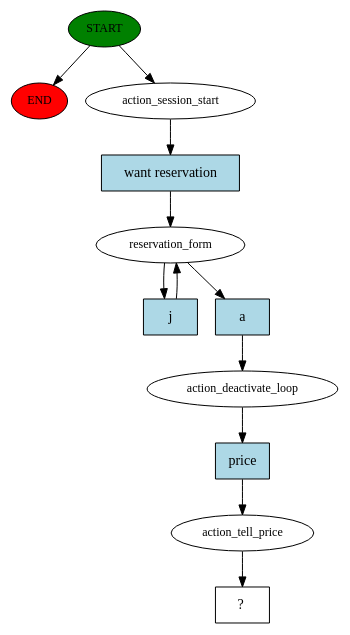
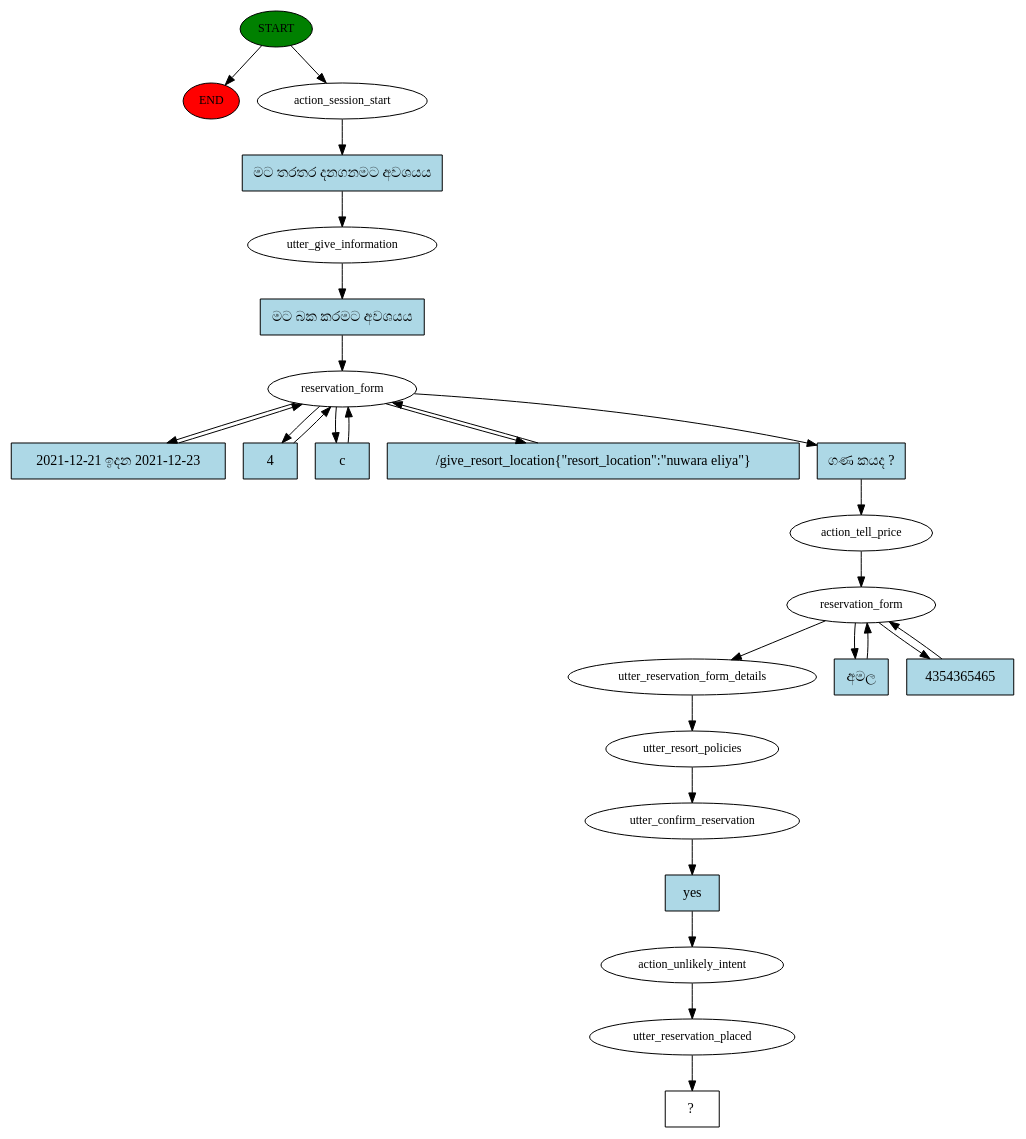
Before and after one commit to KasunTharaka/rasa_resort_bot: the diagram in story_graph.dot, drawn with Graphviz. The commit also changed 11 other files, not shown here.

```diff
--- a/story_graph.dot
+++ b/story_graph.dot
@@ -1,24 +1,53 @@
 digraph  {
 0 [class="start active", fillcolor=green, fontsize=12, label=START, style=filled];
 "-1" [class=end, fillcolor=red, fontsize=12, label=END, style=filled];
 1 [class=active, fontsize=12, label=action_session_start];
-2 [class=active, fontsize=12, label=reservation_form];
-9 [class=active, fontsize=12, label=action_deactivate_loop];
-10 [class=active, fontsize=12, label=action_tell_price];
-11 [class="intent dashed active", label="  ?  ", shape=rect];
-12 [class="intent active", fillcolor=lightblue, label="want reservation", shape=rect, style=filled];
-13 [class="intent active", fillcolor=lightblue, label=j, shape=rect, style=filled];
-14 [class="intent active", fillcolor=lightblue, label=a, shape=rect, style=filled];
-15 [class="intent active", fillcolor=lightblue, label=price, shape=rect, style=filled];
+2 [class=active, fontsize=12, label=utter_give_information];
+3 [class=active, fontsize=12, label=reservation_form];
+8 [class=active, fontsize=12, label=action_tell_price];
+9 [class=active, fontsize=12, label=reservation_form];
+12 [class=active, fontsize=12, label=utter_reservation_form_details];
+13 [class=active, fontsize=12, label=utter_resort_policies];
+14 [class=active, fontsize=12, label=utter_confirm_reservation];
+15 [class=active, fontsize=12, label=action_unlikely_intent];
+16 [class=active, fontsize=12, label=utter_reservation_placed];
+17 [class="intent dashed active", label="  ?  ", shape=rect];
+18 [class="intent active", fillcolor=lightblue, label="මට තරතර දනගනමට අවශයය", shape=rect, style=filled];
+19 [class="intent active", fillcolor=lightblue, label="මට බක කරමට අවශයය", shape=rect, style=filled];
+20 [class="intent active", fillcolor=lightblue, label="2021-12-21 ඉදන 2021-12-23", shape=rect, style=filled];
+21 [class="intent active", fillcolor=lightblue, label=4, shape=rect, style=filled];
+22 [class="intent active", fillcolor=lightblue, label=c, shape=rect, style=filled];
+23 [class="intent active", fillcolor=lightblue, label="/give_resort_location{\"resort_location\":\"nuwara eliya\"}", shape=rect, style=filled];
+24 [class="intent active", fillcolor=lightblue, label="ගණ කයද ?", shape=rect, style=filled];
+25 [class="intent active", fillcolor=lightblue, label="අමල", shape=rect, style=filled];
+26 [class="intent active", fillcolor=lightblue, label=4354365465, shape=rect, style=filled];
+27 [class="intent active", fillcolor=lightblue, label=yes, shape=rect, style=filled];
 0 -> "-1"  [class="", key=NONE, label=""];
 0 -> 1  [class=active, key=NONE, label=""];
-1 -> 12  [class=active, key=0];
-2 -> 13  [class=active, key=0];
-2 -> 14  [class=active, key=0];
-9 -> 15  [class=active, key=0];
-10 -> 11  [class=active, key=NONE, label=""];
-12 -> 2  [class=active, key=0];
-13 -> 2  [class=active, key=0];
-14 -> 9  [class=active, key=0];
-15 -> 10  [class=active, key=0];
+1 -> 18  [class=active, key=0];
+2 -> 19  [class=active, key=0];
+3 -> 20  [class=active, key=0];
+3 -> 21  [class=active, key=0];
+3 -> 22  [class=active, key=0];
+3 -> 23  [class=active, key=0];
+3 -> 24  [class=active, key=0];
+8 -> 9  [class=active, key=NONE, label=""];
+9 -> 12  [class=active, key=NONE, label=""];
+9 -> 25  [class=active, key=0];
+9 -> 26  [class=active, key=0];
+12 -> 13  [class=active, key=NONE, label=""];
+13 -> 14  [class=active, key=NONE, label=""];
+14 -> 27  [class=active, key=0];
+15 -> 16  [class=active, key=NONE, label=""];
+16 -> 17  [class=active, key=NONE, label=""];
+18 -> 2  [class=active, key=0];
+19 -> 3  [class=active, key=0];
+20 -> 3  [class=active, key=0];
+21 -> 3  [class=active, key=0];
+22 -> 3  [class=active, key=0];
+23 -> 3  [class=active, key=0];
+24 -> 8  [class=active, key=0];
+25 -> 9  [class=active, key=0];
+26 -> 9  [class=active, key=0];
+27 -> 15  [class=active, key=0];
 }
```
